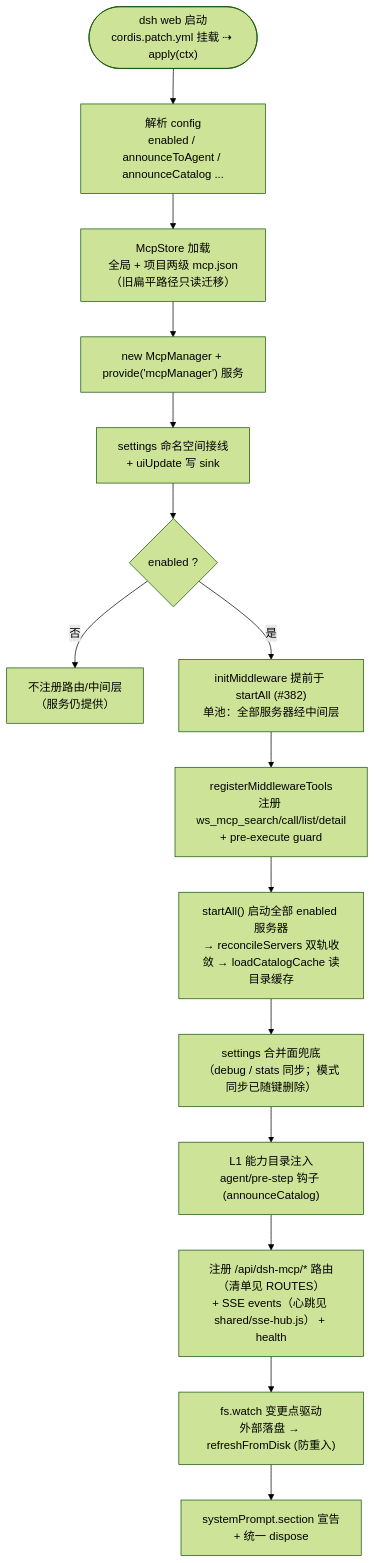
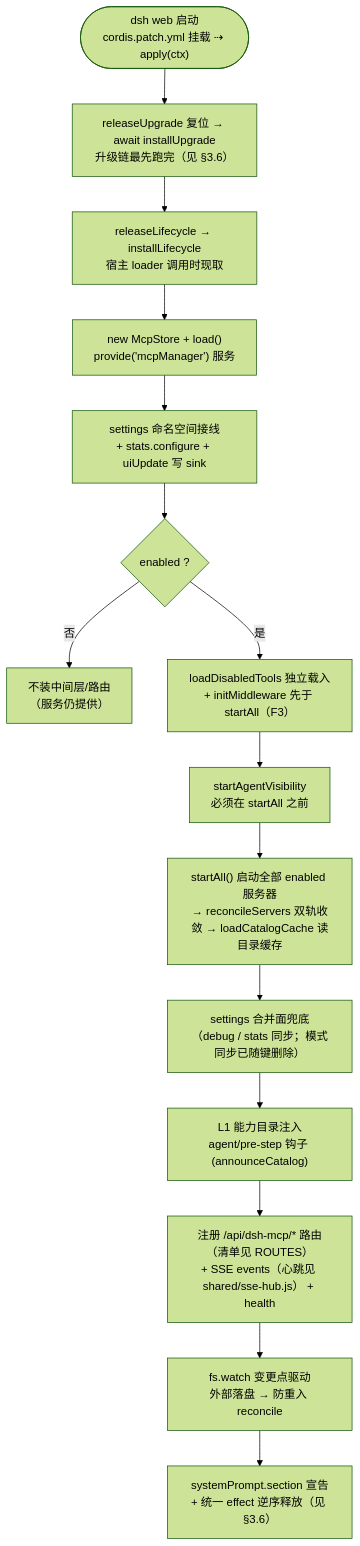
One commit to wingsky-1/dsh-plugin-hub changed the second of 5 diagrams in docs/architecture/dsh-mcp-manager.md. Above: the diagram before and after it, drawn with Mermaid (forest theme). The commit also changed other lines of this file and 1 other file, not shown here.

First line of the commit message:
docs(dsh-mcp-manager): rewrite to togaf four views (#767)

````diff
--- a/docs/architecture/dsh-mcp-manager.md
+++ b/docs/architecture/dsh-mcp-manager.md
@@ -47,17 +99,17 @@
 ```mermaid
 flowchart TD
-    S(["dsh web 启动<br/>cordis.patch.yml 挂载 ⇢ apply(ctx)"]) --> A["解析 config<br/>enabled / announceToAgent / announceCatalog ..."]
-    A --> B["McpStore 加载<br/>全局 + 项目两级 mcp.json（旧扁平路径只读迁移）"]
-    B --> C["new McpManager + provide('mcpManager') 服务"]
-    C --> D["settings 命名空间接线<br/>+ uiUpdate 写 sink"]
-    D --> E{"enabled ?"}
-    E -->|"否"| Z["不注册路由/中间层<br/>（服务仍提供）"]
-    E -->|"是"| F["initMiddleware 提前于 startAll (#382)<br/>单池：全部服务器经中间层"]
-    F --> G["registerMiddlewareTools<br/>注册 ws_mcp_search/call/list/detail<br/>+ pre-execute guard"]
-    G --> H["startAll() 启动全部 enabled 服务器<br/>→ reconcileServers 双轨收敛 → loadCatalogCache 读目录缓存"]
+    S(["dsh web 启动<br/>cordis.patch.yml 挂载 ⇢ apply(ctx)"]) --> U["releaseUpgrade 复位 → await installUpgrade<br/>升级链最先跑完（见 §3.6）"]
+    U --> L["releaseLifecycle → installLifecycle<br/>宿主 loader 调用时现取"]
+    L --> ST["new McpStore + load()<br/>provide('mcpManager') 服务"]
+    ST --> C["settings 命名空间接线<br/>+ stats.configure + uiUpdate 写 sink"]
+    C --> E{"enabled ?"}
+    E -->|"否"| Z["不装中间层/路由<br/>（服务仍提供）"]
+    E -->|"是"| D["loadDisabledTools 独立载入<br/>+ initMiddleware 先于 startAll（F3）"]
+    D --> V["startAgentVisibility<br/>必须在 startAll 之前"]
+    V --> H["startAll() 启动全部 enabled 服务器<br/>→ reconcileServers 双轨收敛 → loadCatalogCache 读目录缓存"]
     H --> I["settings 合并面兜底<br/>（debug / stats 同步；模式同步已随键删除）"]
     I --> J["L1 能力目录注入<br/>agent/pre-step 钩子 (announceCatalog)"]
     J --> K["注册 /api/dsh-mcp/* 路由（清单见 ROUTES）<br/>+ SSE events（心跳见 shared/sse-hub.js） + health"]
-    K --> L["fs.watch 变更点驱动<br/>外部落盘 → refreshFromDisk (防重入)"]
-    L --> M["systemPrompt.section 宣告<br/>+ 统一 dispose"]
+    K --> W["fs.watch 变更点驱动<br/>外部落盘 → 防重入 reconcile"]
+    W --> M["systemPrompt.section 宣告<br/>+ 统一 effect 逆序释放（见 §3.6）"]
 ```
````
